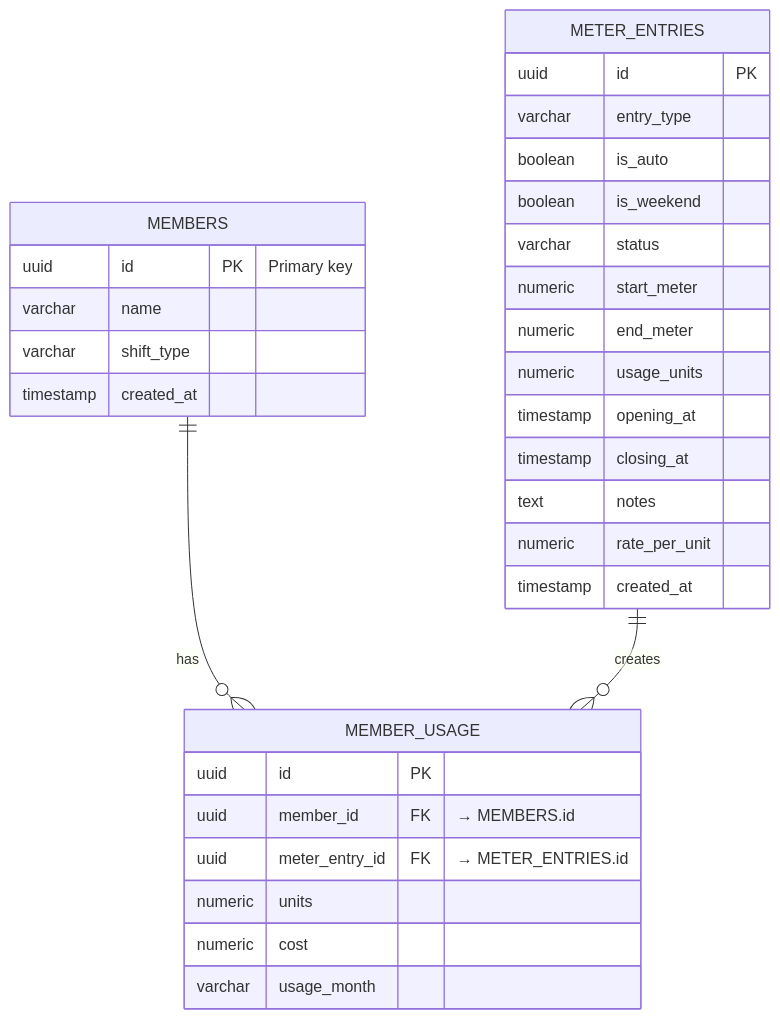
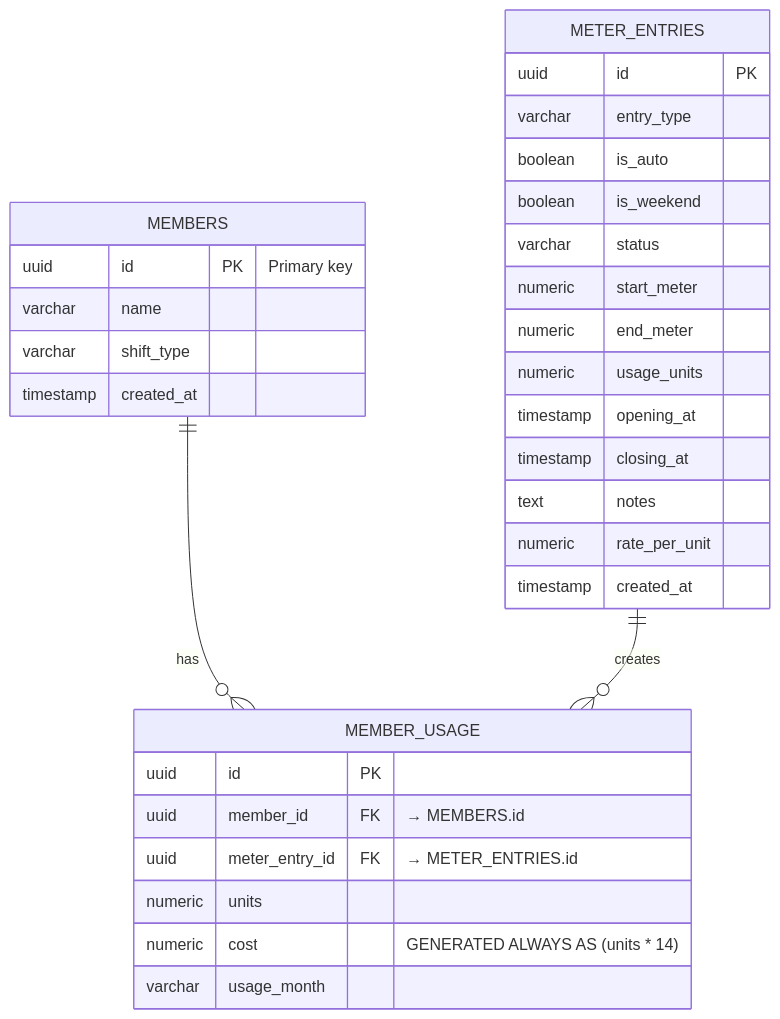
The third of 3 diagrams in CLAUDE.md (foodikoservice-alt/voltshare), drawn with Mermaid before and after one commit. The commit also changed other lines of this file and 17 other files, not shown here.

````diff
--- a/CLAUDE.md
+++ b/CLAUDE.md
@@ -155,34 +156,34 @@
 ```mermaid
 erDiagram
     MEMBERS {
         uuid id PK "Primary key"
         varchar name
         varchar shift_type
         timestamp created_at
     }
     METER_ENTRIES {
         uuid id PK
         varchar entry_type
         boolean is_auto
         boolean is_weekend
         varchar status
         numeric start_meter
         numeric end_meter
         numeric usage_units
         timestamp opening_at
         timestamp closing_at
         text notes
         numeric rate_per_unit
         timestamp created_at
     }
     MEMBER_USAGE {
         uuid id PK
         uuid member_id FK "→ MEMBERS.id"
         uuid meter_entry_id FK "→ METER_ENTRIES.id"
         numeric units
-        numeric cost
+        numeric cost "GENERATED ALWAYS AS (units * 14)"
         varchar usage_month
     }
     MEMBERS ||--o{ MEMBER_USAGE : has
     METER_ENTRIES ||--o{ MEMBER_USAGE : creates
 ```
````
